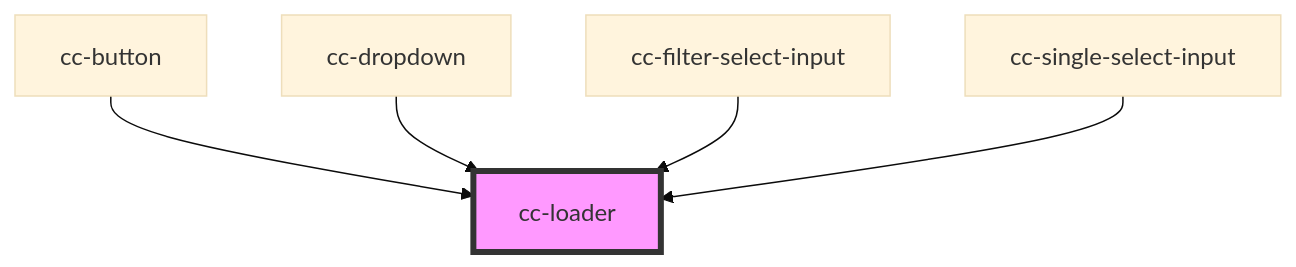
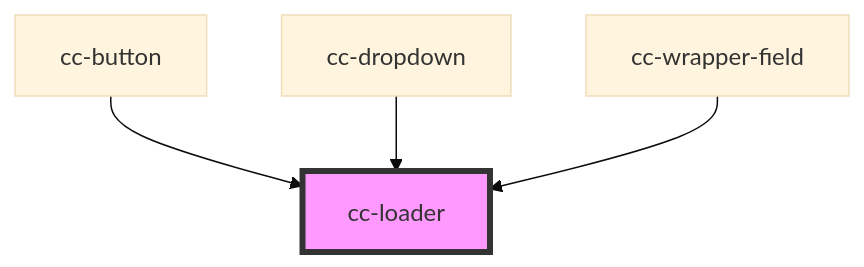
The diagram in packages/core/src/components/cc-loader/readme.md (lacafetalab/cafeta-components), drawn with Mermaid (base theme) before and after one commit. The commit also changed other lines of this file and 12 other files, not shown here.

Commit message:
chore() adding helpter text on cc-single-select-input , cc-filter-select-input

````diff
--- a/packages/core/src/components/cc-loader/readme.md
+++ b/packages/core/src/components/cc-loader/readme.md
@@ -25,8 +24,7 @@
 ```mermaid
 graph TD;
   cc-button --> cc-loader
   cc-dropdown --> cc-loader
-  cc-filter-select-input --> cc-loader
-  cc-single-select-input --> cc-loader
+  cc-wrapper-field --> cc-loader
   style cc-loader fill:#f9f,stroke:#333,stroke-width:4px
 ```
````
